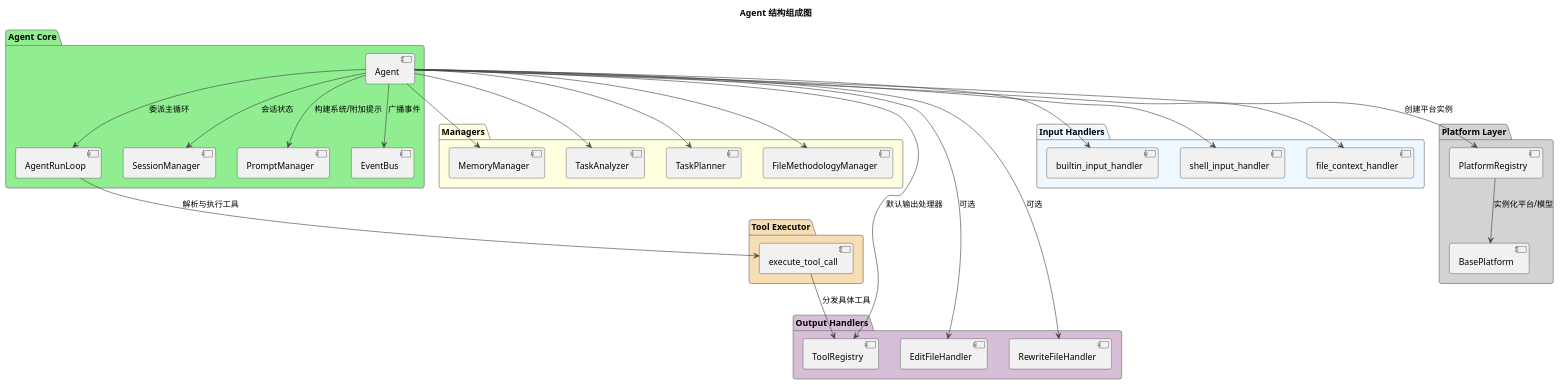
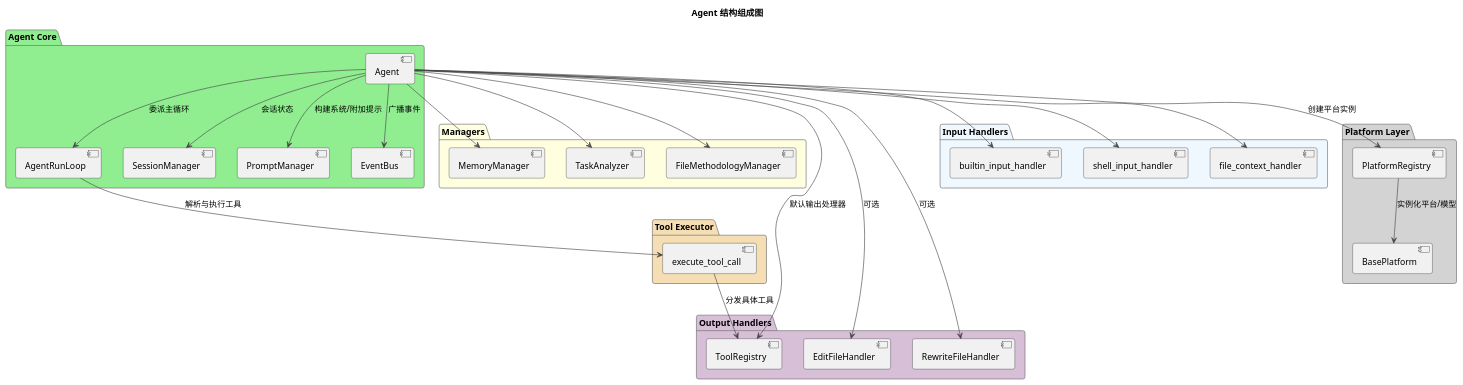
Before and after one commit to skyfireitdiy/Jarvis: the first of 21 diagrams in docs/架构设计/Agent系统架构设计.md, drawn with PlantUML. The commit also changed other lines of this file and 18 other files, not shown here.

First line of the commit message:
refactor(core): 移除任务规划器（TaskPlanner）相关功能

````diff
--- a/docs/架构设计/Agent系统架构设计.md
+++ b/docs/架构设计/Agent系统架构设计.md
@@ -24,66 +24,64 @@
 ```plantuml
 @startuml
 !theme vibrant
 title Agent 结构组成图
 
 package "Agent Core" #LightGreen {
   component "Agent" as Agent
   component "AgentRunLoop" as AgentRunLoop
   component "SessionManager" as SessionManager
   component "PromptManager" as PromptManager
   component "EventBus" as EventBus
 }
 
 package "Managers" #LightYellow {
   component "MemoryManager" as MemoryManager
   component "TaskAnalyzer" as TaskAnalyzer
-  component "TaskPlanner" as TaskPlanner
   component "FileMethodologyManager" as FileMethodologyManager
 }
 
 package "Output Handlers" #Thistle {
   component "ToolRegistry" as ToolRegistry
   component "EditFileHandler" as EditFileHandler
   component "RewriteFileHandler" as RewriteFileHandler
 }
 
 package "Input Handlers" #AliceBlue {
   component "builtin_input_handler" as builtin_input_handler
   component "shell_input_handler" as shell_input_handler
   component "file_context_handler" as file_context_handler
 }
 
 package "Platform Layer" #LightGray {
   component "PlatformRegistry" as PlatformRegistry
   component "BasePlatform" as BasePlatform
 }
 
 package "Tool Executor" #Wheat {
   component "execute_tool_call" as ExecTool
 }
 
 Agent --> AgentRunLoop : 委派主循环
 Agent --> SessionManager : 会话状态
 Agent --> PromptManager : 构建系统/附加提示
 Agent --> EventBus : 广播事件
 
 Agent --> ToolRegistry : 默认输出处理器
 Agent --> EditFileHandler : 可选
 Agent --> RewriteFileHandler : 可选
 
 Agent --> MemoryManager
 Agent --> TaskAnalyzer
-Agent --> TaskPlanner
 Agent --> FileMethodologyManager
 
 Agent --> PlatformRegistry : 创建平台实例
 PlatformRegistry --> BasePlatform : 实例化平台/模型
 
 AgentRunLoop --> ExecTool : 解析与执行工具
 ExecTool --> ToolRegistry : 分发具体工具
 
 Agent --> builtin_input_handler
 Agent --> shell_input_handler
 Agent --> file_context_handler
 @enduml
 ```
````
